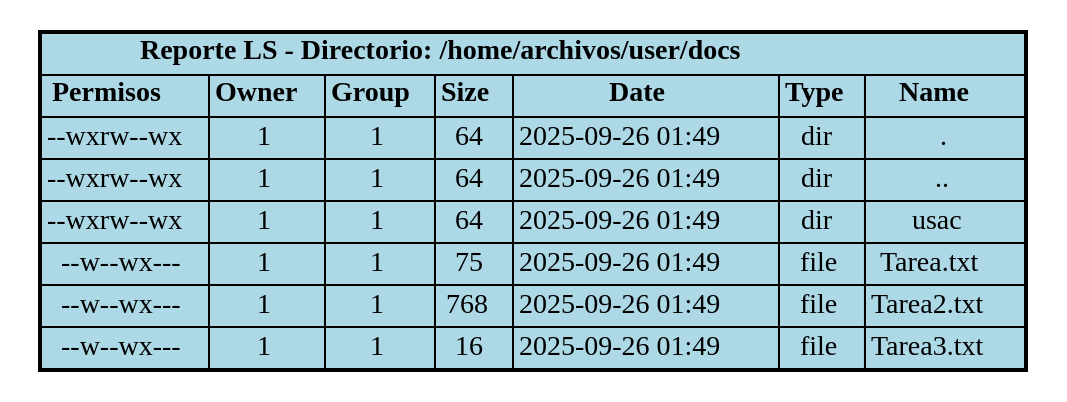
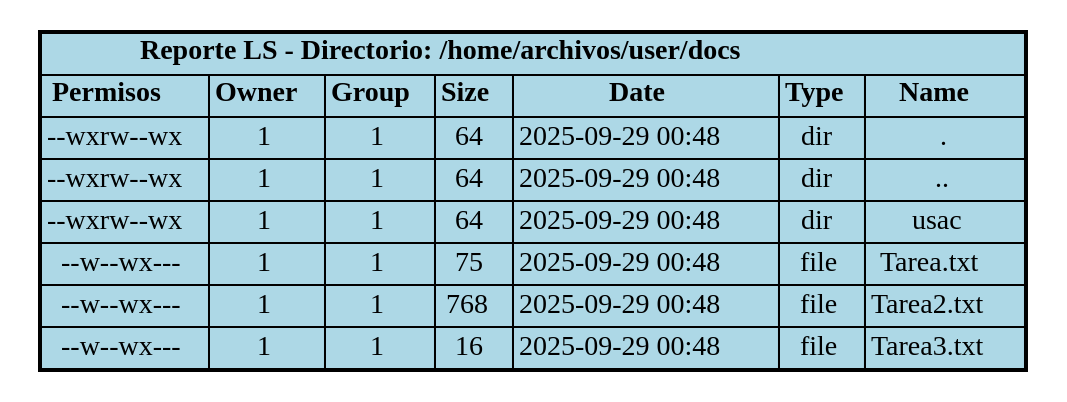
Before and after one commit to DiegVas/MIA_2S2025_P2_202300638: the diagram in backend/provider/reports/src/ls_381A.dot, drawn with Graphviz. The commit also changed 16 other files, not shown here.

```diff
--- a/backend/provider/reports/src/ls_381A.dot
+++ b/backend/provider/reports/src/ls_381A.dot
@@ -1,71 +1,71 @@
 digraph LS_Report {
     rankdir=TB;
     node [shape=plaintext];
     edge [style=invisible];
     title [label=<<TABLE BORDER="1" CELLBORDER="1" CELLSPACING="0" BGCOLOR="lightblue">
         <TR><TD COLSPAN="7"><B>Reporte LS - Directorio: /home/archivos/user/docs</B></TD></TR>
         <TR>
             <TD><B>Permisos</B></TD>
             <TD><B>Owner</B></TD>
             <TD><B>Group</B></TD>
             <TD><B>Size</B></TD>
             <TD><B>Date</B></TD>
             <TD><B>Type</B></TD>
             <TD><B>Name</B></TD>
         </TR>
         <TR>
             <TD>--wxrw--wx</TD>
             <TD>1</TD>
             <TD>1</TD>
             <TD>64</TD>
-            <TD>2025-09-26 01:49</TD>
+            <TD>2025-09-29 00:48</TD>
             <TD>dir</TD>
             <TD>.</TD>
         </TR>
         <TR>
             <TD>--wxrw--wx</TD>
             <TD>1</TD>
             <TD>1</TD>
             <TD>64</TD>
-            <TD>2025-09-26 01:49</TD>
+            <TD>2025-09-29 00:48</TD>
             <TD>dir</TD>
             <TD>..</TD>
         </TR>
         <TR>
             <TD>--wxrw--wx</TD>
             <TD>1</TD>
             <TD>1</TD>
             <TD>64</TD>
-            <TD>2025-09-26 01:49</TD>
+            <TD>2025-09-29 00:48</TD>
             <TD>dir</TD>
             <TD>usac</TD>
         </TR>
         <TR>
             <TD>--w--wx---</TD>
             <TD>1</TD>
             <TD>1</TD>
             <TD>75</TD>
-            <TD>2025-09-26 01:49</TD>
+            <TD>2025-09-29 00:48</TD>
             <TD>file</TD>
             <TD>Tarea.txt</TD>
         </TR>
         <TR>
             <TD>--w--wx---</TD>
             <TD>1</TD>
             <TD>1</TD>
             <TD>768</TD>
-            <TD>2025-09-26 01:49</TD>
+            <TD>2025-09-29 00:48</TD>
             <TD>file</TD>
             <TD>Tarea2.txt</TD>
         </TR>
         <TR>
             <TD>--w--wx---</TD>
             <TD>1</TD>
             <TD>1</TD>
             <TD>16</TD>
-            <TD>2025-09-26 01:49</TD>
+            <TD>2025-09-29 00:48</TD>
             <TD>file</TD>
             <TD>Tarea3.txt</TD>
         </TR>
     </TABLE>>];
 }
```
